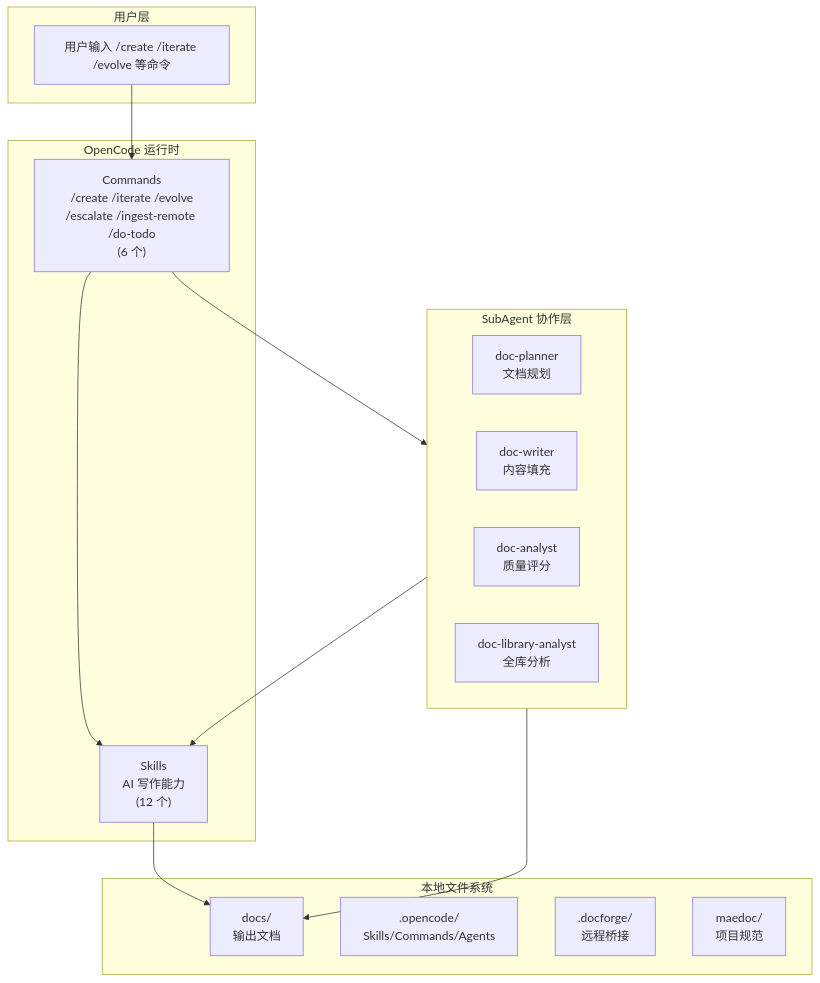
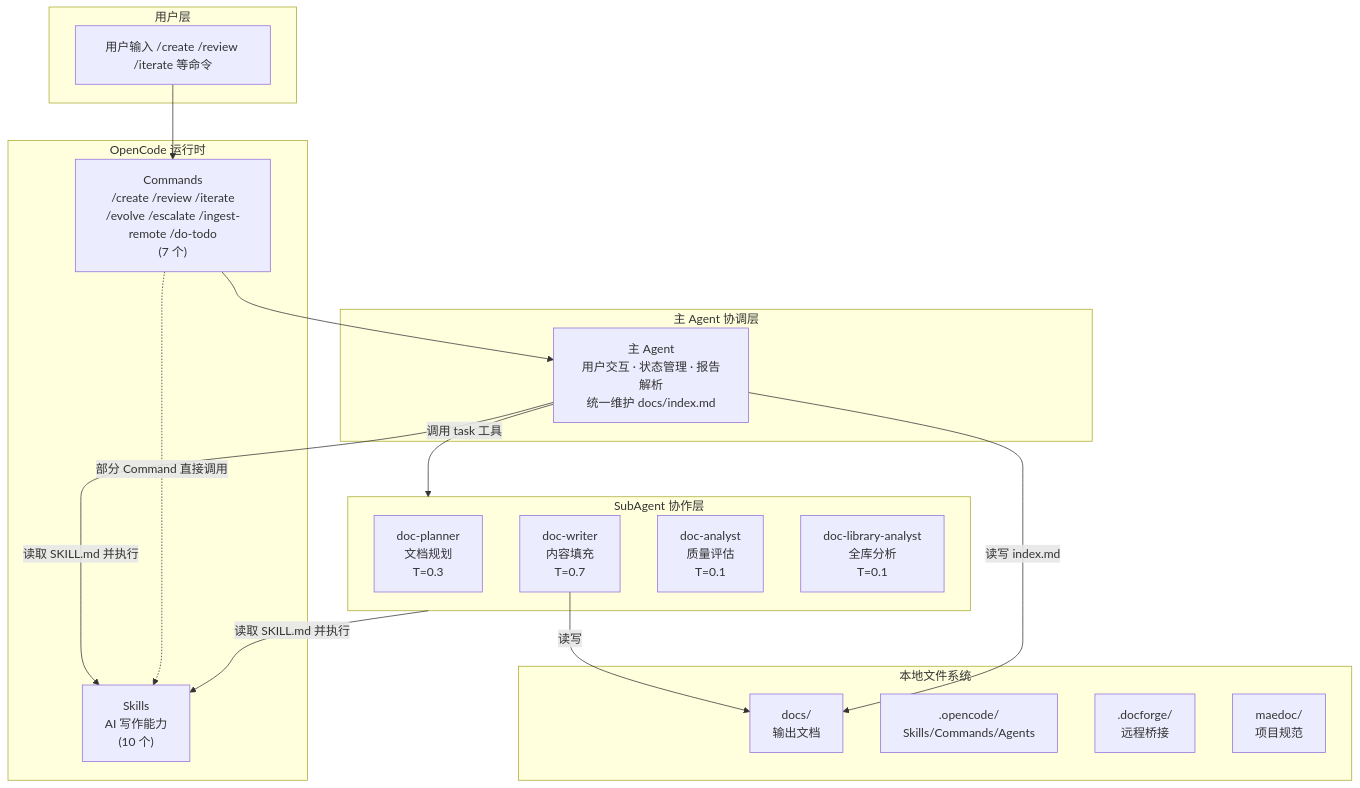
Before and after one commit to maxiee/MaeDoc: the diagram in docs/maedoc/system-overview.md, drawn with Mermaid. The commit also changed other lines of this file and 30 other files, not shown here.

````diff
--- a/docs/maedoc/system-overview.md
+++ b/docs/maedoc/system-overview.md
@@ -12,32 +12,38 @@
 ```mermaid
 graph TB
     subgraph UserLayer[用户层]
-        User["用户输入 /create /iterate /evolve 等命令"]
+        User["用户输入 /create /review /iterate 等命令"]
+    end
+
+    subgraph MainAgent[主 Agent 协调层]
+        Coordinator["主 Agent<br>用户交互 · 状态管理 · 报告解析<br>统一维护 docs/index.md"]
     end
 
     subgraph Runtime[OpenCode 运行时]
-        Commands["Commands<br>/create /iterate /evolve<br>/escalate /ingest-remote /do-todo<br>(6 个)"]
-        Skills["Skills<br>AI 写作能力<br>(12 个)"]
+        Commands["Commands<br>/create /review /iterate<br>/evolve /escalate /ingest-remote /do-todo<br>(7 个)"]
+        Skills["Skills<br>AI 写作能力<br>(10 个)"]
     end
 
-    subgraph SubAgent[SubAgent 协作层]
-        Planner["doc-planner<br>文档规划"]
-        Writer["doc-writer<br>内容填充"]
-        Analyst["doc-analyst<br>质量评分"]
-        LibAnalyst["doc-library-analyst<br>全库分析"]
+    subgraph SubAgentLayer[SubAgent 协作层]
+        Planner["doc-planner<br>文档规划<br>T=0.3"]
+        Writer["doc-writer<br>内容填充<br>T=0.7"]
+        Analyst["doc-analyst<br>质量评估<br>T=0.1"]
+        LibAnalyst["doc-library-analyst<br>全库分析<br>T=0.1"]
     end
 
     subgraph FileSystem[本地文件系统]
         Docs["docs/<br>输出文档"]
         OpenCode[".opencode/<br>Skills/Commands/Agents"]
         Docforge[".docforge/<br>远程桥接"]
         Maedoc["maedoc/<br>项目规范"]
     end
 
     User --> Commands
-    Commands --> Skills
-    Commands --> SubAgent
-    Skills --> Docs
-    SubAgent --> Skills
-    SubAgent --> Docs
+    Commands --> Coordinator
+    Coordinator -->|"调用 task 工具"| SubAgentLayer
+    Coordinator -->|"读取 SKILL.md 并执行"| Skills
+    SubAgentLayer -->|"读取 SKILL.md 并执行"| Skills
+    Writer -->|"读写"| Docs
+    Coordinator -->|"读写 index.md"| Docs
+    Commands -.->|"部分 Command 直接调用"| Skills
 ```
````
